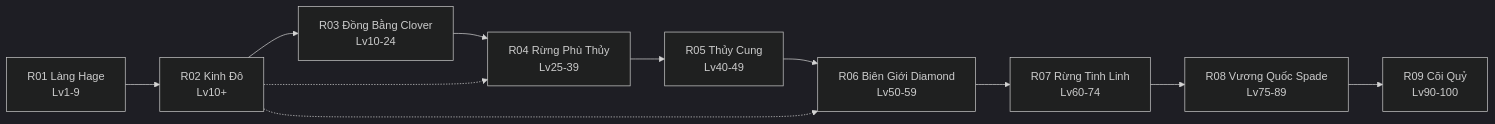
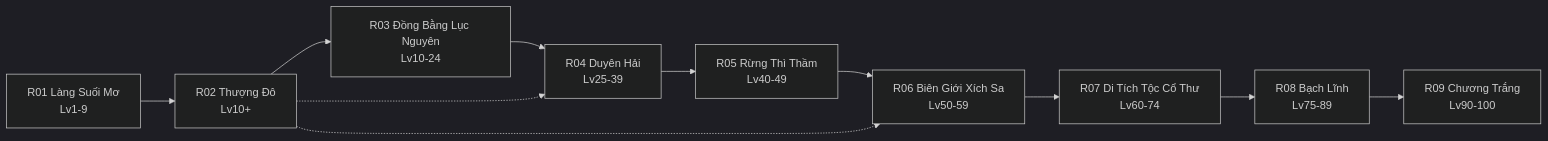
The diagram in docs/game-design/05-world-maps-monsters.md (thehuygnouhk/game-2d), drawn with Mermaid (dark theme) before and after one commit. The commit also changed other lines of this file and 35 other files, not shown here.

````diff
--- a/docs/game-design/05-world-maps-monsters.md
+++ b/docs/game-design/05-world-maps-monsters.md
@@ -10,13 +10,13 @@
 ```mermaid
 flowchart LR
-    R01["R01 Làng Hage<br/>Lv1-9"] --> R02["R02 Kinh Đô<br/>Lv10+"]
-    R02 --> R03["R03 Đồng Bằng Clover<br/>Lv10-24"]
-    R03 --> R04["R04 Rừng Phù Thủy<br/>Lv25-39"]
-    R04 --> R05["R05 Thủy Cung<br/>Lv40-49"]
-    R05 --> R06["R06 Biên Giới Diamond<br/>Lv50-59"]
-    R06 --> R07["R07 Rừng Tinh Linh<br/>Lv60-74"]
-    R07 --> R08["R08 Vương Quốc Spade<br/>Lv75-89"]
-    R08 --> R09["R09 Cõi Quỷ<br/>Lv90-100"]
+    R01["R01 Làng Suối Mơ<br/>Lv1-9"] --> R02["R02 Thượng Đô<br/>Lv10+"]
+    R02 --> R03["R03 Đồng Bằng Lục Nguyên<br/>Lv10-24"]
+    R03 --> R04["R04 Duyên Hải<br/>Lv25-39"]
+    R04 --> R05["R05 Rừng Thì Thầm<br/>Lv40-49"]
+    R05 --> R06["R06 Biên Giới Xích Sa<br/>Lv50-59"]
+    R06 --> R07["R07 Di Tích Tộc Cổ Thư<br/>Lv60-74"]
+    R07 --> R08["R08 Bạch Lĩnh<br/>Lv75-89"]
+    R08 --> R09["R09 Chương Trắng<br/>Lv90-100"]
     R02 -.-> R04
     R02 -.-> R06
 ```
````
